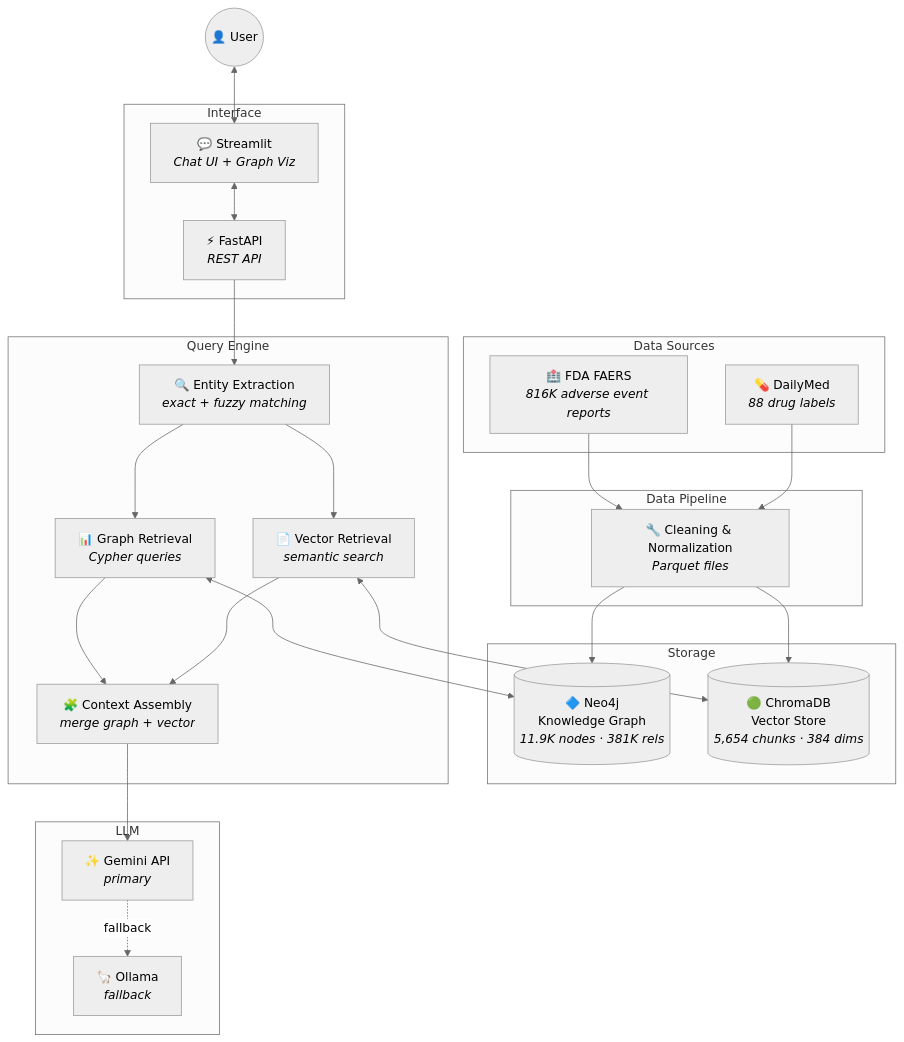
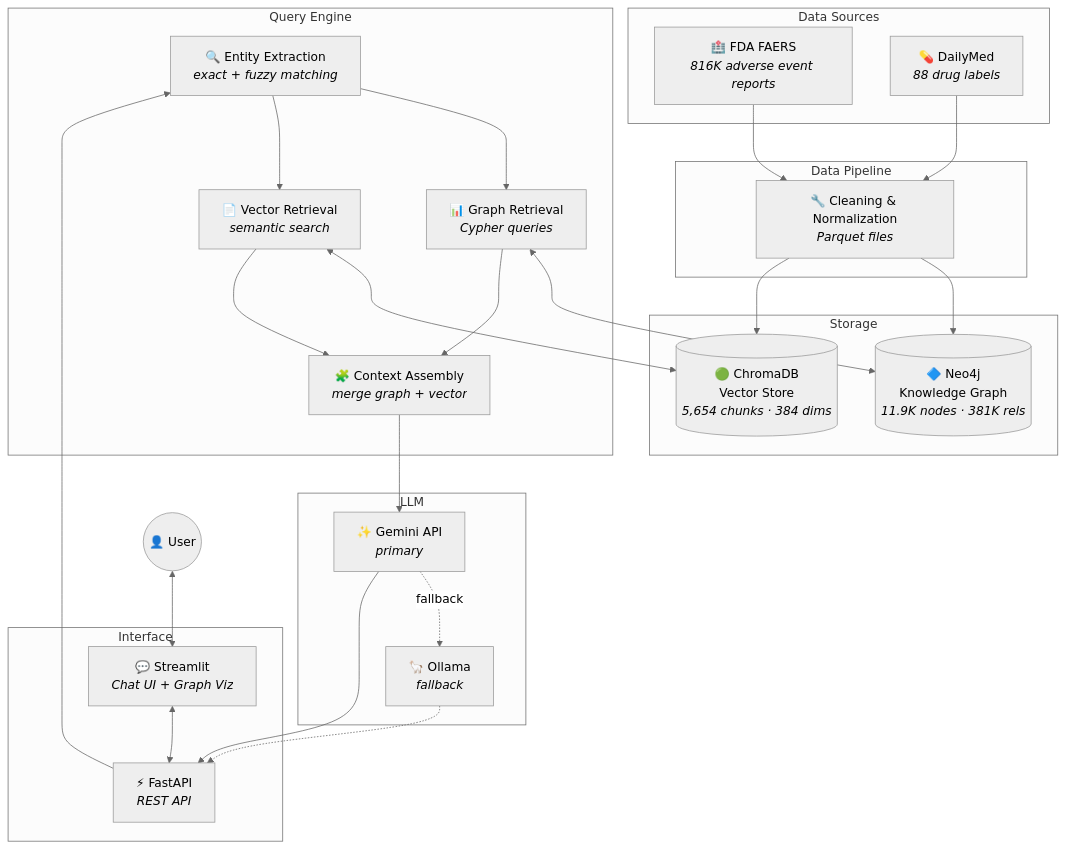
The diagram in README.md (jmponcebe/PharmaGraphRAG), drawn with Mermaid before and after one commit. The commit also changed other lines of this file, not shown here.

First line of the commit message:
fix: restore LLM→API arrows in Mermaid, move disclaimer to footer

````diff
--- a/README.md
+++ b/README.md
@@ -99,51 +99,53 @@
 ```mermaid
 %%{init: {'theme': 'neutral'}}%%
 graph TB
     subgraph Data Sources
         FAERS["🏥 FDA FAERS<br/><i>816K adverse event reports</i>"]
         DM["💊 DailyMed<br/><i>88 drug labels</i>"]
     end
 
     subgraph Data Pipeline
         CLEAN["🔧 Cleaning &amp; Normalization<br/><i>Parquet files</i>"]
     end
 
     subgraph Storage
         NEO4J[("🔷 Neo4j<br/>Knowledge Graph<br/><i>11.9K nodes · 381K rels</i>")]
         CHROMA[("🟢 ChromaDB<br/>Vector Store<br/><i>5,654 chunks · 384 dims</i>")]
     end
 
     subgraph "Query Engine"
         NER["🔍 Entity Extraction<br/><i>exact + fuzzy matching</i>"]
         GR["📊 Graph Retrieval<br/><i>Cypher queries</i>"]
         VR["📄 Vector Retrieval<br/><i>semantic search</i>"]
         CTX["🧩 Context Assembly<br/><i>merge graph + vector</i>"]
     end
 
     subgraph LLM
         GEMINI["✨ Gemini API<br/><i>primary</i>"]
         OLLAMA["🦙 Ollama<br/><i>fallback</i>"]
     end
 
     subgraph Interface
         API["⚡ FastAPI<br/><i>REST API</i>"]
         UI["💬 Streamlit<br/><i>Chat UI + Graph Viz</i>"]
     end
 
     FAERS --> CLEAN
     DM --> CLEAN
     CLEAN --> NEO4J
     CLEAN --> CHROMA
 
     USER(("👤 User")) <--> UI
     UI <--> API
     API --> NER
     NER --> GR
     NER --> VR
     GR <--> NEO4J
     VR <--> CHROMA
     GR --> CTX
     VR --> CTX
     CTX --> GEMINI
     GEMINI -.->|fallback| OLLAMA
+    GEMINI --> API
+    OLLAMA -.-> API
 ```
````
